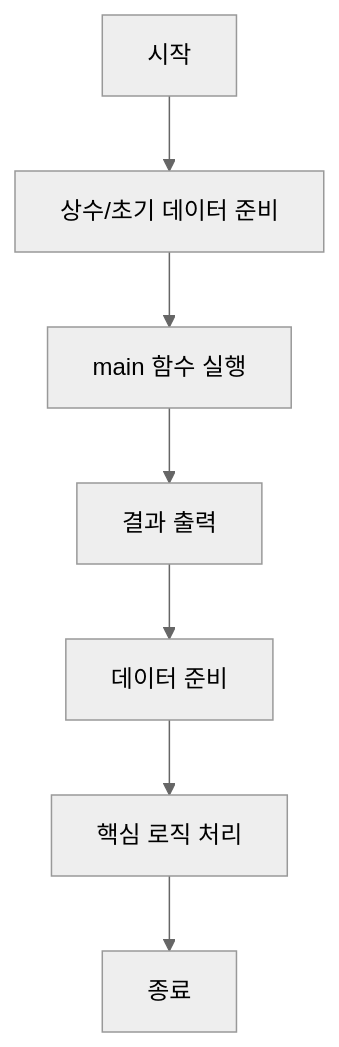
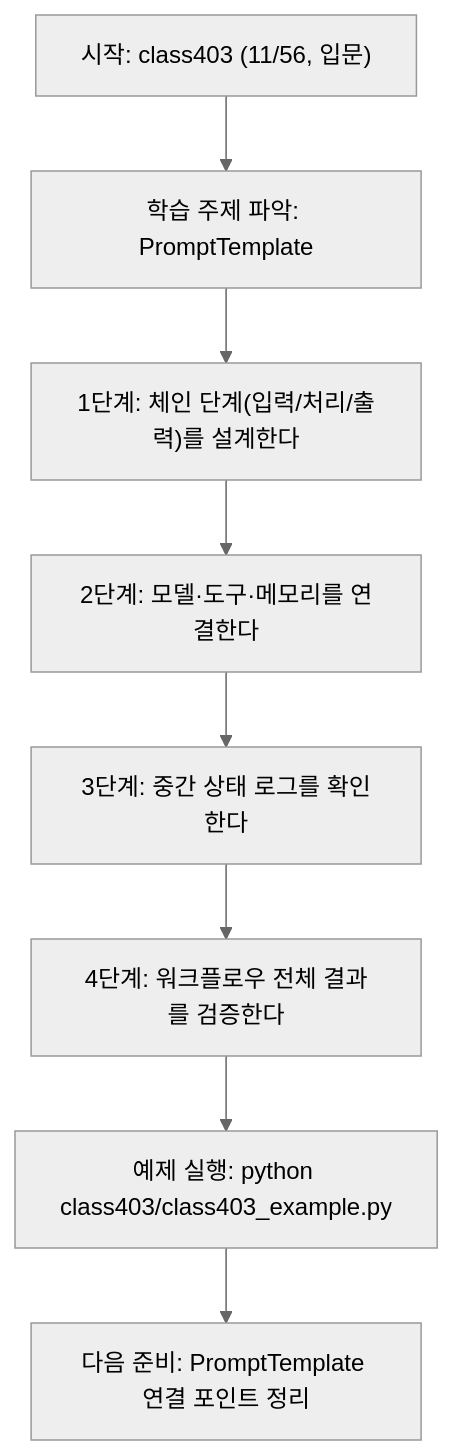
One commit to edumgt/Python-AI_Agent-Class changed the diagram in class403/class403.md. Above: the diagram before and after it, drawn with Mermaid (neutral theme). The commit also changed other lines of this file and 1012 other files, not shown here.

````diff
--- a/class403/class403.md
+++ b/class403/class403.md
@@ -63,10 +79,18 @@
 ```mermaid
-graph TD
-    N1[시작]
-    N1 --> N2[상수/초기 데이터 준비]
-    N2 --> N3[main 함수 실행]
-    N3 --> N4[결과 출력]
-    N4 --> N5[데이터 준비]
-    N5 --> N6[핵심 로직 처리]
-    N6 --> N7[종료]
+flowchart TD
+N1["시작: class403 (11/56, 입문)"]
+N2["학습 주제 파악: PromptTemplate"]
+N3["1단계: 체인 단계(입력/처리/출력)를 설계한다"]
+N4["2단계: 모델·도구·메모리를 연결한다"]
+N5["3단계: 중간 상태 로그를 확인한다"]
+N6["4단계: 워크플로우 전체 결과를 검증한다"]
+N7["예제 실행: python class403/class403_example.py"]
+N8["다음 준비: PromptTemplate 연결 포인트 정리"]
+N1 --> N2
+N2 --> N3
+N3 --> N4
+N4 --> N5
+N5 --> N6
+N6 --> N7
+N7 --> N8
 ```
````
